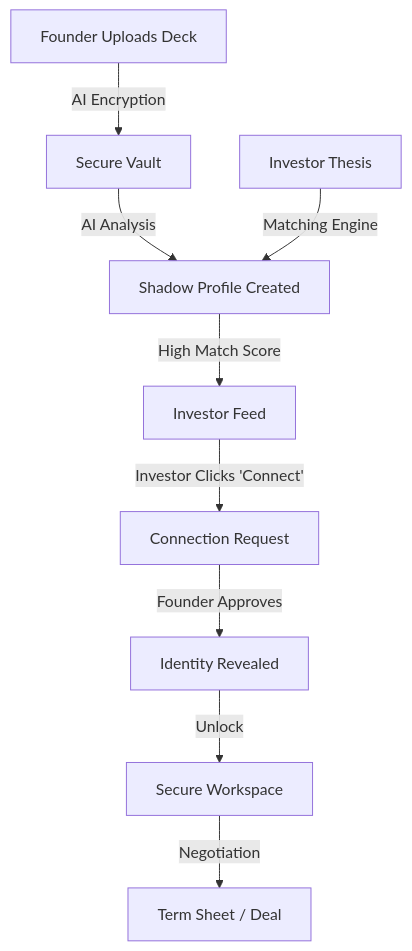
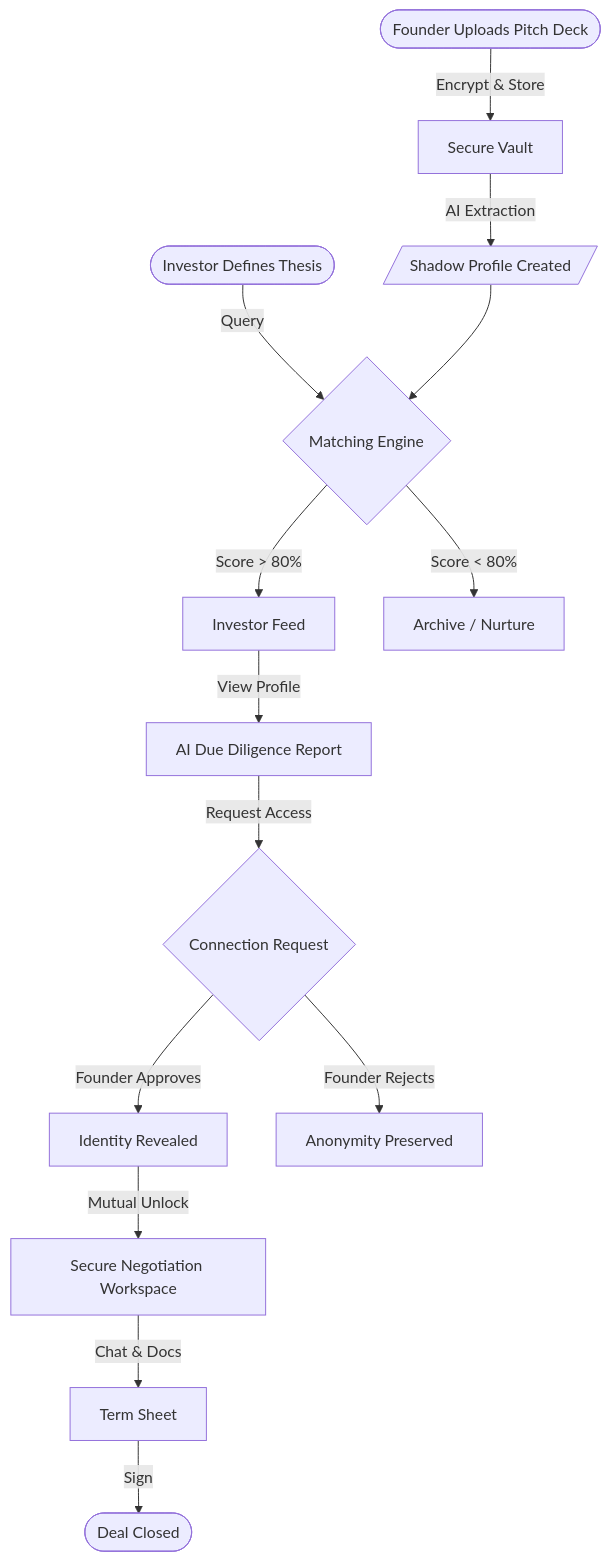
Before and after one commit to vickyPotheesh2004/FundLink---prod: the first of 2 diagrams in HACKATHON_REPORT.md, drawn with Mermaid. The commit also changed other lines of this file and 9 other files, not shown here.

````diff
--- a/HACKATHON_REPORT.md
+++ b/HACKATHON_REPORT.md
@@ -60,11 +60,22 @@
 ```mermaid
 graph TD
-    A[Founder Uploads Deck] -->|AI Encryption| B[Secure Vault]
-    B -->|AI Analysis| C[Shadow Profile Created]
-    D[Investor Thesis] -->|Matching Engine| C
-    C -->|High Match Score| E[Investor Feed]
-    E -->|Investor Clicks 'Connect'| F[Connection Request]
-    F -->|Founder Approves| G[Identity Revealed]
-    G -->|Unlock| H[Secure Workspace]
-    H -->|Negotiation| I[Term Sheet / Deal]
+    %% Nodes
+    A([Founder Uploads Pitch Deck]) -->|Encrypt & Store| B[Secure Vault]
+    B -->|AI Extraction| C[/Shadow Profile Created/]
+    
+    D([Investor Defines Thesis]) -->|Query| E{Matching Engine}
+    C --> E
+    
+    E -->|Score > 80%| F[Investor Feed]
+    E -->|Score < 80%| X[Archive / Nurture]
+    
+    F -->|View Profile| G[AI Due Diligence Report]
+    G -->|Request Access| H{Connection Request}
+    
+    H -->|Founder Approves| I[Identity Revealed]
+    H -->|Founder Rejects| J[Anonymity Preserved]
+    
+    I -->|Mutual Unlock| K[Secure Negotiation Workspace]
+    K -->|Chat & Docs| L[Term Sheet]
+    L -->|Sign| M([Deal Closed])
 ```
````
